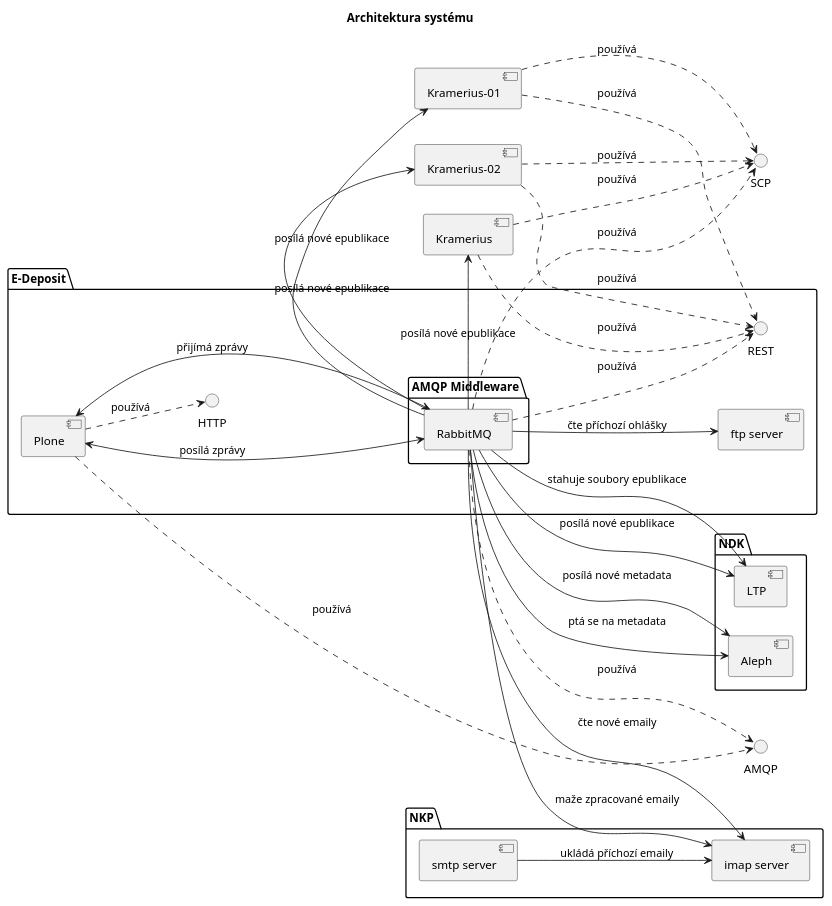
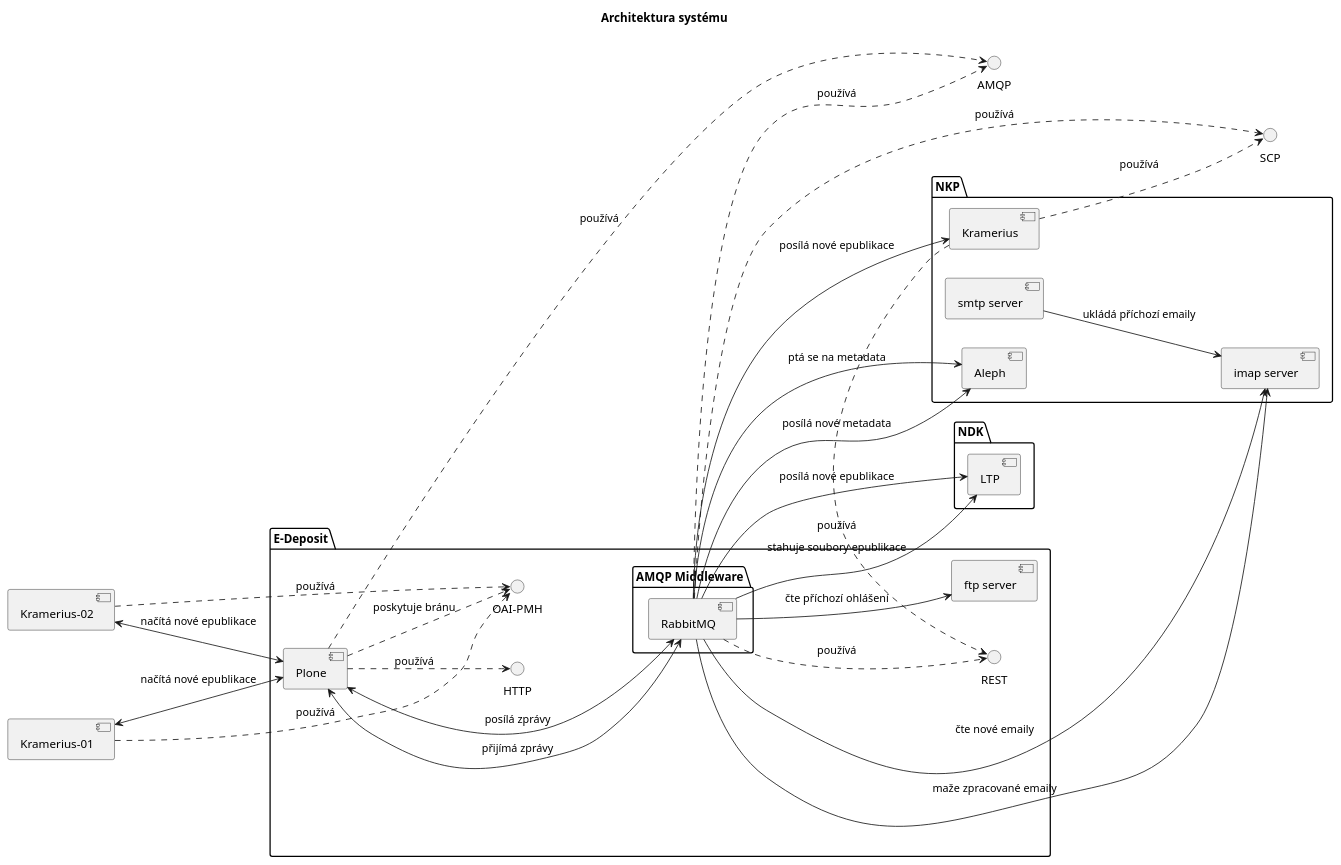
One commit to edeposit/edeposit changed the diagram in docs/architecture.plantuml. Above: the diagram before and after it, drawn with PlantUML. The commit also changed 7 other files, not shown here.

```diff
--- a/docs/architecture.plantuml
+++ b/docs/architecture.plantuml
@@ -1,55 +1,57 @@
 @startuml
 left to right direction
 skinparam componentStyle uml2
 title Architektura systému
 () "SCP" as SCP
 () "AMQP" as AMQP
 
 package "E-Deposit" {
 () "HTTP" as HTTP
+() "OAI-PMH" as OAIPMH
 
 package "AMQP Middleware" {
 [RabbitMQ] ..> AMQP : používá
 [RabbitMQ] ..> SCP : používá
 }
 
 [RabbitMQ] ..> REST : používá
 [Plone] ..> AMQP : používá
 [Plone] <---> [RabbitMQ] : posílá zprávy
 [Plone] <---> [RabbitMQ] : přijímá zprávy
 [Plone] ..> HTTP : používá
+[Plone] ..> OAIPMH : poskytuje bránu
 [ftp server]
-[RabbitMQ] --> [ftp server] : čte příchozí ohlášky
+[RabbitMQ] --> [ftp server] : čte příchozí ohlášení
 }
 
 package "NKP" {
 [smtp server]
 [smtp server] --> [imap server] : ukládá příchozí emaily
 
 [imap server]
 [RabbitMQ] --> [imap server] : čte nové emaily
 [RabbitMQ] --> [imap server] : maže zpracované emaily
-}
-
-package "NDK" {
-[RabbitMQ] --> [Aleph] : ptá se na metadata
-[RabbitMQ] --> [Aleph] : posílá nové metadata
-[RabbitMQ] --> [LTP] : posílá nové epublikace
-[RabbitMQ] --> [LTP] : stahuje soubory epublikace
-[Aleph]
-[LTP]
-}
 
 [RabbitMQ] --> [Kramerius] : posílá nové epublikace
 [Kramerius] ..> REST : používá
 [Kramerius] ..> SCP : používá
 
-[RabbitMQ] --> [Kramerius-01] : posílá nové epublikace
-[Kramerius-01] ..> REST : používá
-[Kramerius-01] ..> SCP : používá
+[RabbitMQ] --> [Aleph] : ptá se na metadata
+[RabbitMQ] --> [Aleph] : posílá nové metadata
+[Aleph]
+}
 
-[RabbitMQ] --> [Kramerius-02] : posílá nové epublikace
-[Kramerius-02] ..> REST : používá
-[Kramerius-02] ..> SCP : používá
+
+[Kramerius-01] <--> [Plone]: načítá nové epublikace
+[Kramerius-01] ..> OAIPMH: používá
+
+[Kramerius-02] <--> [Plone]: načítá nové epublikace
+[Kramerius-02] ..> OAIPMH : používá
+
+package "NDK" {
+[RabbitMQ] -down-> [LTP] : posílá nové epublikace
+[RabbitMQ] -down-> [LTP] : stahuje soubory epublikace
+[LTP]
+}
 
 @enduml
```
